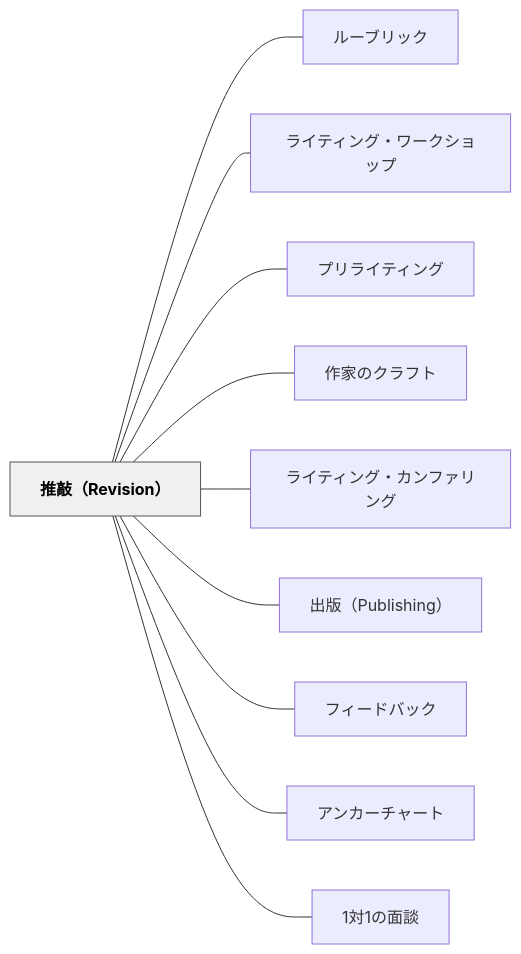
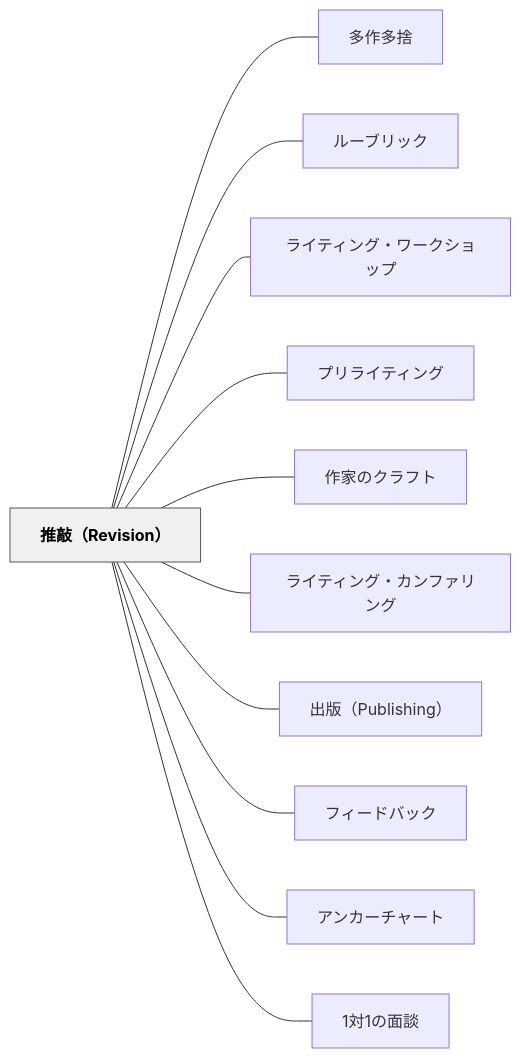
One commit to unknownthings-ed-patterns/unknownthings-ed-patterns changed the diagram in content/パタン/推敲（Revision）.md. Above: the diagram before and after it, drawn with Mermaid. The commit also changed other lines of this file and 185 other files, not shown here.

````diff
--- a/content/パタン/推敲（Revision）.md
+++ b/content/パタン/推敲（Revision）.md
@@ -232,26 +233,28 @@
 ```mermaid
 flowchart LR
     ne68ea8e695b2efbc885265766973696f6eefbc89["推敲（Revision）"]
+    ne5a49ae4bd9ce5a49ae68da8["多作多捨"]
     ne383abe383bce38396e383aae38383e382af["ルーブリック"]
     ne383a9e382a4e38386e382a3e383b3e382b0e383bbe383afe383bce382afe382b7e383a7e38383e38397["ライティング・ワークショップ"]
     ne38397e383aae383a9e382a4e38386e382a3e383b3e382b0["プリライティング"]
     ne4bd9ce5aeb6e381aee382afe383a9e38395e38388["作家のクラフト"]
     ne383a9e382a4e38386e382a3e383b3e382b0e383bbe382abe383b3e38395e382a1e383aae383b3e382b0["ライティング・カンファリング"]
     ne587bae78988efbc885075626c697368696e67efbc89["出版（Publishing）"]
     ne38395e382a3e383bce38389e38390e38383e382af["フィードバック"]
     ne382a2e383b3e382abe383bce38381e383a3e383bce38388["アンカーチャート"]
     n31e5afbe31e381aee99da2e8ab87["1対1の面談"]
 
+    ne68ea8e695b2efbc885265766973696f6eefbc89 --- ne5a49ae4bd9ce5a49ae68da8
     ne68ea8e695b2efbc885265766973696f6eefbc89 --- ne383abe383bce38396e383aae38383e382af
     ne68ea8e695b2efbc885265766973696f6eefbc89 --- ne383a9e382a4e38386e382a3e383b3e382b0e383bbe383afe383bce382afe382b7e383a7e38383e38397
     ne68ea8e695b2efbc885265766973696f6eefbc89 --- ne38397e383aae383a9e382a4e38386e382a3e383b3e382b0
     ne68ea8e695b2efbc885265766973696f6eefbc89 --- ne4bd9ce5aeb6e381aee382afe383a9e38395e38388
     ne68ea8e695b2efbc885265766973696f6eefbc89 --- ne383a9e382a4e38386e382a3e383b3e382b0e383bbe382abe383b3e38395e382a1e383aae383b3e382b0
     ne68ea8e695b2efbc885265766973696f6eefbc89 --- ne587bae78988efbc885075626c697368696e67efbc89
     ne68ea8e695b2efbc885265766973696f6eefbc89 --- ne38395e382a3e383bce38389e38390e38383e382af
     ne68ea8e695b2efbc885265766973696f6eefbc89 --- ne382a2e383b3e382abe383bce38381e383a3e383bce38388
     ne68ea8e695b2efbc885265766973696f6eefbc89 --- n31e5afbe31e381aee99da2e8ab87
 
     classDef hub fill:#f0f0f0,stroke:#555,color:#000,font-weight:bold
     class ne68ea8e695b2efbc885265766973696f6eefbc89 hub
 ```
````
